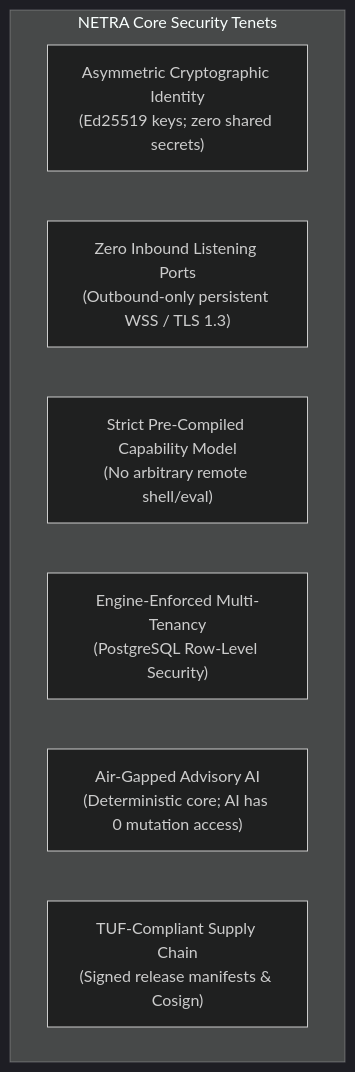
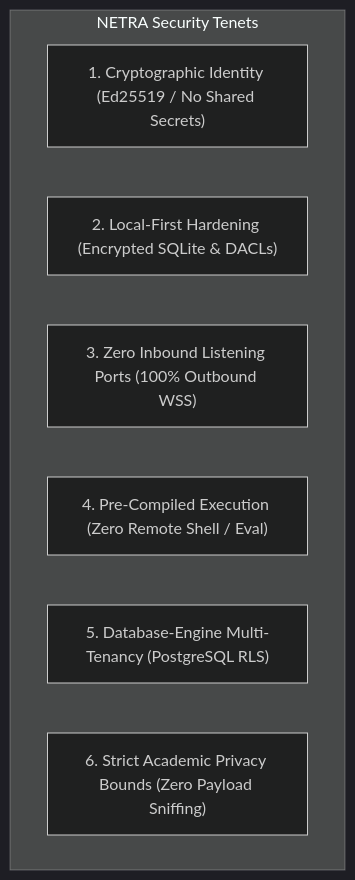
The first of 3 diagrams in docs/SECURITY_CHECK.md (Subhadip-Paul2006/NETRA-Backend), drawn with Mermaid (dark theme) before and after one commit. The commit also changed other lines of this file and 15 other files, not shown here.

Commit message:
docs: establish authoritative open-source academic architecture & technical specification suite

````diff
--- a/docs/SECURITY_CHECK.md
+++ b/docs/SECURITY_CHECK.md
@@ -30,11 +30,11 @@
 ```mermaid
 flowchart TD
-    subgraph SecurityTenets["NETRA Core Security Tenets"]
-        T1["Asymmetric Cryptographic Identity<br/>(Ed25519 keys; zero shared secrets)"]
-        T2["Zero Inbound Listening Ports<br/>(Outbound-only persistent WSS / TLS 1.3)"]
-        T3["Strict Pre-Compiled Capability Model<br/>(No arbitrary remote shell/eval)"]
-        T4["Engine-Enforced Multi-Tenancy<br/>(PostgreSQL Row-Level Security)"]
-        T5["Air-Gapped Advisory AI<br/>(Deterministic core; AI has 0 mutation access)"]
-        T6["TUF-Compliant Supply Chain<br/>(Signed release manifests & Cosign)"]
+    subgraph ZeroTrust["NETRA Security Tenets"]
+        T1["1. Cryptographic Identity (Ed25519 / No Shared Secrets)"]
+        T2["2. Local-First Hardening (Encrypted SQLite & DACLs)"]
+        T3["3. Zero Inbound Listening Ports (100% Outbound WSS)"]
+        T4["4. Pre-Compiled Execution (Zero Remote Shell / Eval)"]
+        T5["5. Database-Engine Multi-Tenancy (PostgreSQL RLS)"]
+        T6["6. Strict Academic Privacy Bounds (Zero Payload Sniffing)"]
     end
 ```
````
